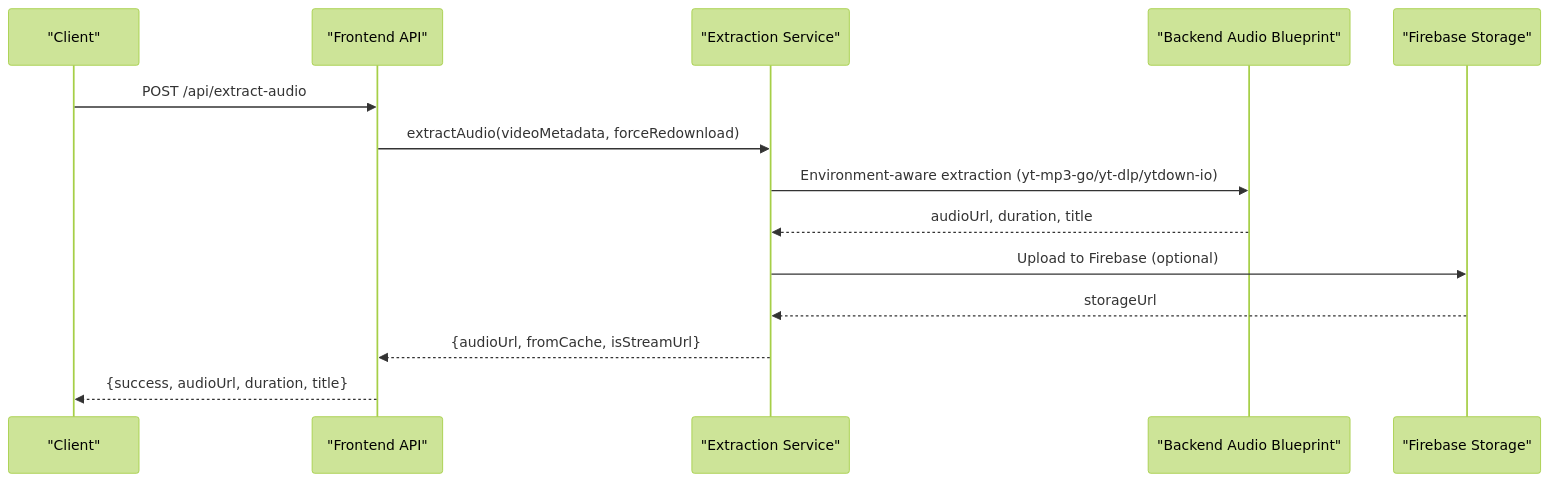
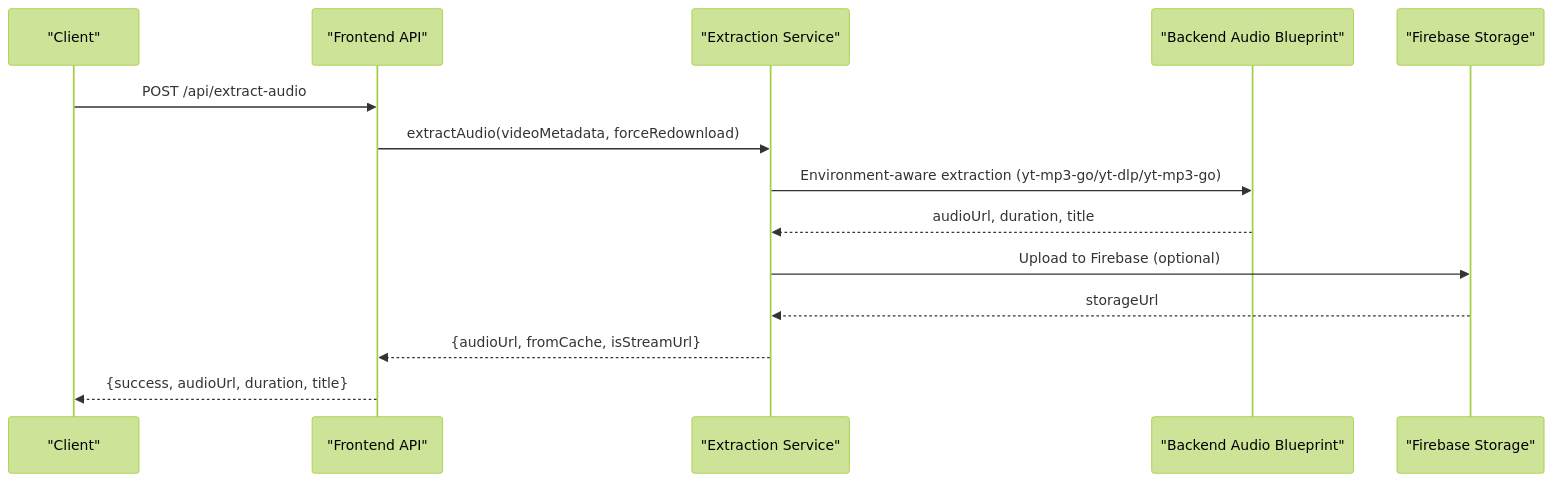
One commit to ptnghia-j/ChordMiniApp changed the second of 10 diagrams in .qoder/repowiki/en/content/Architecture and Design/Backend Architecture/Blueprint Organization/Audio Blueprint.md. Above: the diagram before and after it, drawn with Mermaid (forest theme). The commit also changed other lines of this file and 18 other files, not shown here.

````diff
--- a/.qoder/repowiki/en/content/Architecture and Design/Backend Architecture/Blueprint Organization/Audio Blueprint.md
+++ b/.qoder/repowiki/en/content/Architecture and Design/Backend Architecture/Blueprint Organization/Audio Blueprint.md
@@ -122,16 +122,16 @@
 ```mermaid
 sequenceDiagram
 participant Client as "Client"
 participant FE as "Frontend API"
 participant SVC as "Extraction Service"
 participant BK as "Backend Audio Blueprint"
 participant FB as "Firebase Storage"
 Client->>FE : POST /api/extract-audio
 FE->>SVC : extractAudio(videoMetadata, forceRedownload)
-SVC->>BK : Environment-aware extraction (yt-mp3-go/yt-dlp/ytdown-io)
+SVC->>BK : Environment-aware extraction (yt-mp3-go/yt-dlp/yt-mp3-go)
 BK-->>SVC : audioUrl, duration, title
 SVC->>FB : Upload to Firebase (optional)
 FB-->>SVC : storageUrl
 SVC-->>FE : {audioUrl, fromCache, isStreamUrl}
 FE-->>Client : {success, audioUrl, duration, title}
 ```
````
